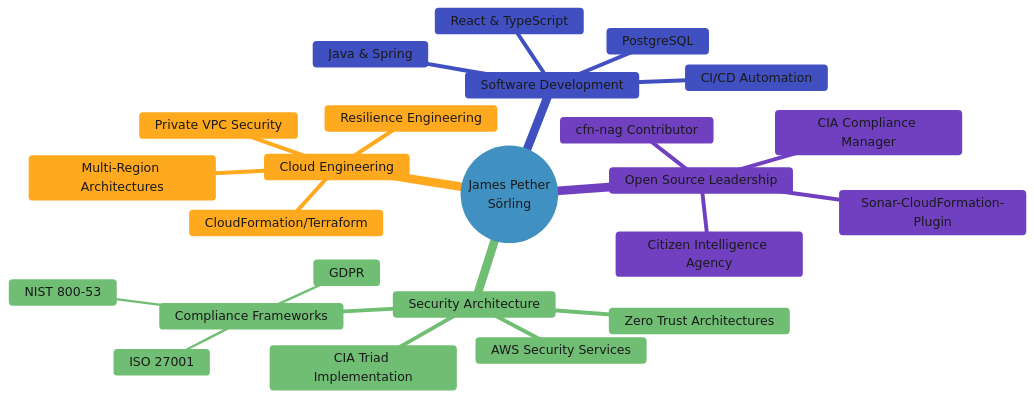
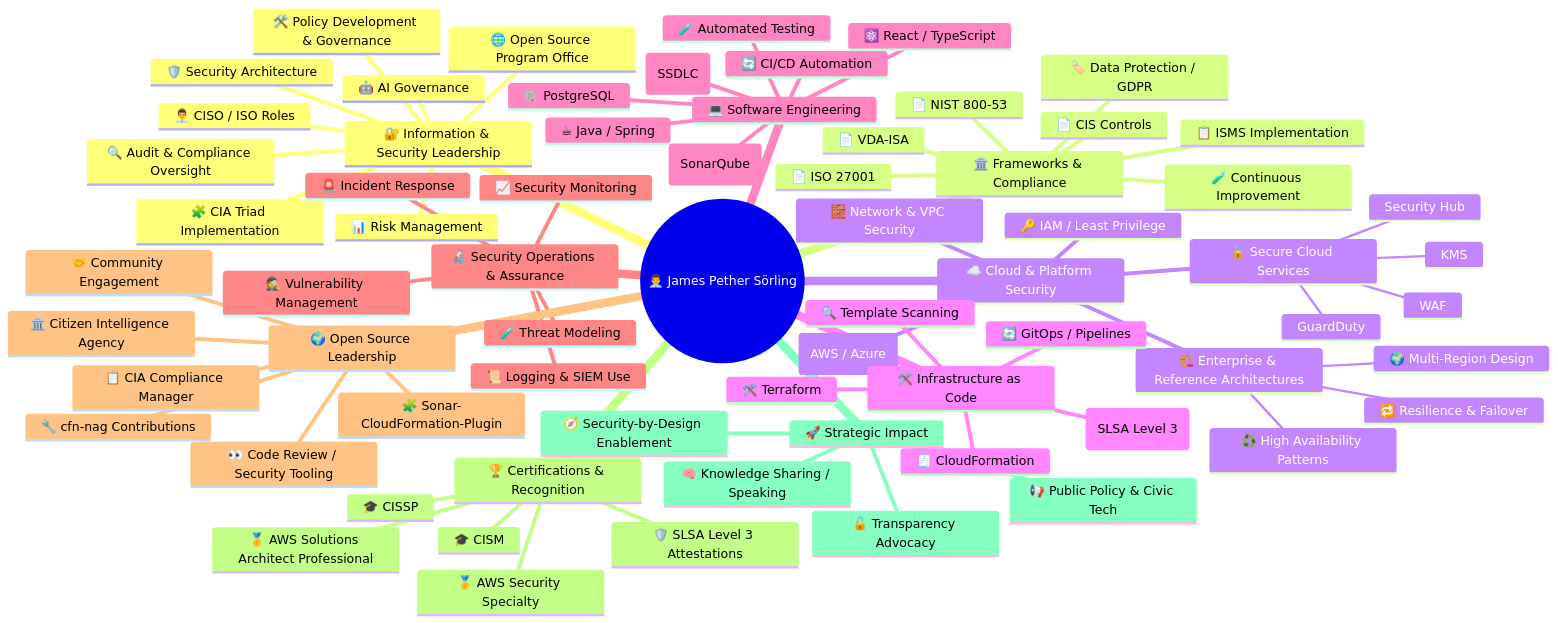
One commit to Hack23/.github changed the second of 2 diagrams in profile/README.md. Above: the diagram before and after it, drawn with Mermaid.

Commit message:
Revise mindmap structure and content in README
Updated the mindmap to reflect new roles and responsibilities in security and compliance.

````diff
--- a/profile/README.md
+++ b/profile/README.md
@@ -554,44 +554,72 @@
 ```mermaid
-%%{
-  init: {
-    'theme': 'base',
-    'themeVariables': {
-      'primaryColor': '#a0c8e0',
-      'primaryTextColor': '#1a1a1a',
-      'primaryBorderColor': '#86b5d9',
-      'lineColor': '#86b5d9',
-      'secondaryColor': '#c8e6c9',
-      'tertiaryColor': '#ffda9e'
-    }
-  }
-}%%
 mindmap
-  root((James Pether<br>Sörling))
-    Security Architecture
-      ::icon(fa fa-lock)
-      CIA Triad Implementation
-      Zero Trust Architectures
-      AWS Security Services
-      Compliance Frameworks
-        NIST 800-53
-        ISO 27001
-        GDPR
-    Cloud Engineering
-      ::icon(fa fa-cloud)
-      Multi-Region Architectures
-      Resilience Engineering
-      Private VPC Security
-      CloudFormation/Terraform
-    Software Development
-      ::icon(fa fa-code)
-      Java & Spring
-      React & TypeScript
-      PostgreSQL
-      CI/CD Automation
-    Open Source Leadership
-      ::icon(fa fa-github)
-      CIA Compliance Manager
-      Citizen Intelligence Agency
-      Sonar-CloudFormation-Plugin
-      cfn-nag Contributor
+  root((👨‍💼 James Pether Sörling))
+    🔐 Information & Security Leadership
+      👨‍💼 CISO / ISO Roles
+      🛡️ Security Architecture
+      🧩 CIA Triad Implementation
+      🛠️ Policy Development & Governance
+      📊 Risk Management
+      🔍 Audit & Compliance Oversight
+      🤖 AI Governance
+      🌐 Open Source Program Office
+    🏛️ Frameworks & Compliance
+      📄 ISO 27001
+      📄 NIST 800-53
+      📄 VDA-ISA
+      📄 CIS Controls
+      🏷️ Data Protection / GDPR
+      📋 ISMS Implementation
+      🧪 Continuous Improvement
+    ☁️ Cloud & Platform Security
+      🌐 Multi-Cloud (AWS / Azure)
+      🏗️ Enterprise & Reference Architectures
+        🌍 Multi-Region Design
+        🔁 Resilience & Failover
+        ♻️ High Availability Patterns
+      🔒 Secure Cloud Services
+        Security Hub
+        GuardDuty
+        KMS
+        WAF
+      🧱 Network & VPC Security
+      🔑 IAM / Least Privilege
+    🛠️ Infrastructure as Code
+      🧾 CloudFormation
+      🛠️ Terraform
+      🔄 GitOps / Pipelines
+      🔍 Template Scanning
+      📦 Supply Chain (SLSA Level 3)
+    💻 Software Engineering
+      ☕ Java / Spring
+      ⚛️ React / TypeScript
+      🐘 PostgreSQL
+      🔄 CI/CD Automation
+      🧪 Automated Testing
+      🧵 Secure SDLC (SSDLC)
+      📈 Code Quality (SonarQube)
+    🔬 Security Operations & Assurance
+      🚨 Incident Response
+      🕵️ Vulnerability Management
+      📈 Security Monitoring
+      🧪 Threat Modeling
+      📜 Logging & SIEM Use
+    🌍 Open Source Leadership
+      📋 CIA Compliance Manager
+      🏛️ Citizen Intelligence Agency
+      🧩 Sonar-CloudFormation-Plugin
+      🔧 cfn-nag Contributions
+      🤝 Community Engagement
+      👀 Code Review / Security Tooling
+    🏆 Certifications & Recognition
+      🎓 CISSP
+      🎓 CISM
+      🥇 AWS Security Specialty
+      🥇 AWS Solutions Architect Professional
+      🛡️ SLSA Level 3 Attestations
+    🚀 Strategic Impact
+      🔓 Transparency Advocacy
+      🧭 Security-by-Design Enablement
+      🧠 Knowledge Sharing / Speaking
+      📢 Public Policy & Civic Tech
 ```
````
